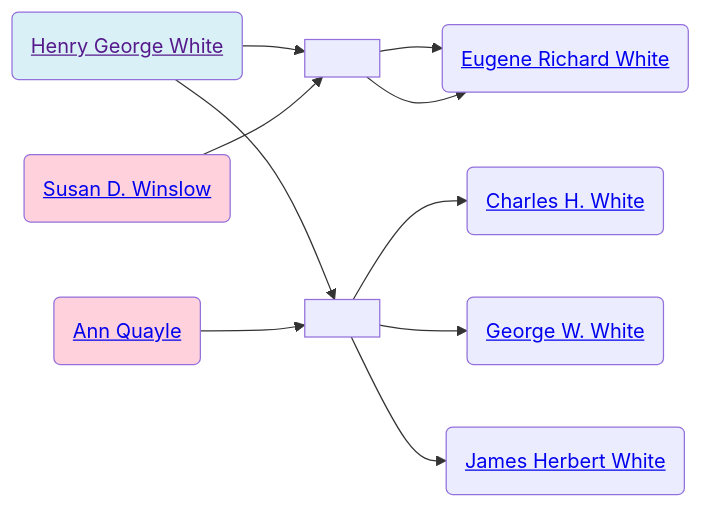
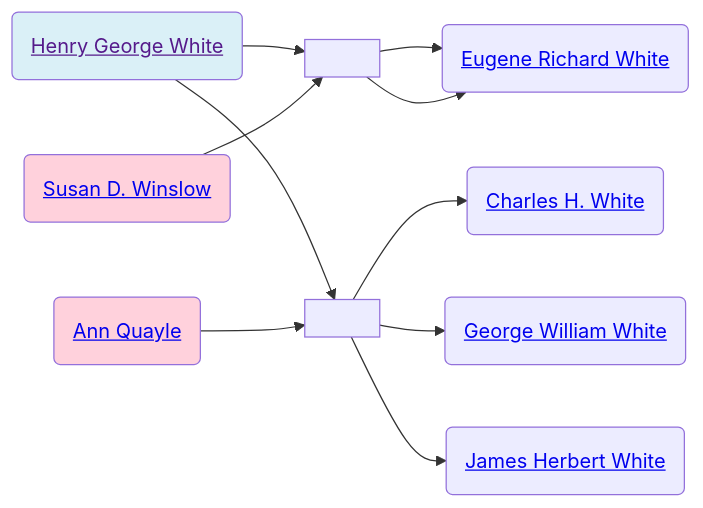
One commit to neelsmith/avocational changed the second of 2 diagrams in familyhistory/sources/people/Merrill-line/White-line/Henry_George_White.qmd. Above: the diagram before and after it, drawn with Mermaid. The commit also changed other lines of this file and 12 other files, not shown here.

````diff
--- a/familyhistory/sources/people/Merrill-line/White-line/Henry_George_White.qmd
+++ b/familyhistory/sources/people/Merrill-line/White-line/Henry_George_White.qmd
@@ -37,29 +56,29 @@
 ```{mermaid}
 graph LR
 %% LR descendant diagram
 class Henry_George_White_and_Susan_D._Winslow marriage
 Henry_George_White(<a href=''>Henry George White</>) --> Henry_George_White_and_Susan_D._Winslow[ ]
 Susan_D._Winslow(<a href='./Susan_D._Winslow.html'>Susan D. Winslow</>) --> Henry_George_White_and_Susan_D._Winslow(( ))
 class Henry_George_White father
 class Susan_D._Winslow mother
 Henry_George_White_and_Susan_D._Winslow[ ] --> Eugene_Richard_White(<a href='./Eugene_Richard_White.html'>Eugene Richard White</>)
 class Henry_George_White father
 class Susan_D._Winslow mother
 Henry_George_White_and_Susan_D._Winslow[ ] --> Eugene_Richard_White(<a href='./Eugene_Richard_White.html'>Eugene Richard White</>)
 class Henry_George_White_and_Ann_Quayle marriage
 Henry_George_White(<a href=''>Henry George White</>) --> Henry_George_White_and_Ann_Quayle[ ]
 Ann_Quayle(<a href='./Ann_Quayle.html'>Ann Quayle</>) --> Henry_George_White_and_Ann_Quayle(( ))
 class Henry_George_White father
 class Ann_Quayle mother
 Henry_George_White_and_Ann_Quayle[ ] --> Charles_H._White(<a href='./Charles_H._White.html'>Charles H. White</>)
 class Henry_George_White father
 class Ann_Quayle mother
-Henry_George_White_and_Ann_Quayle[ ] --> George_W._White(<a href='./George_W._White.html'>George W. White</>)
+Henry_George_White_and_Ann_Quayle[ ] --> George_William_White(<a href='./George_William_White.html'>George William White</>)
 class Henry_George_White father
 class Ann_Quayle mother
 Henry_George_White_and_Ann_Quayle[ ] --> James_Herbert_White(<a href='./James_Herbert_White.html'>James Herbert White</>)
 classDef mother fill:#ffd1dc
 classDef father fill:#daf0f7  
 classDef marriage fill:#ffffff
 
 ```
````
